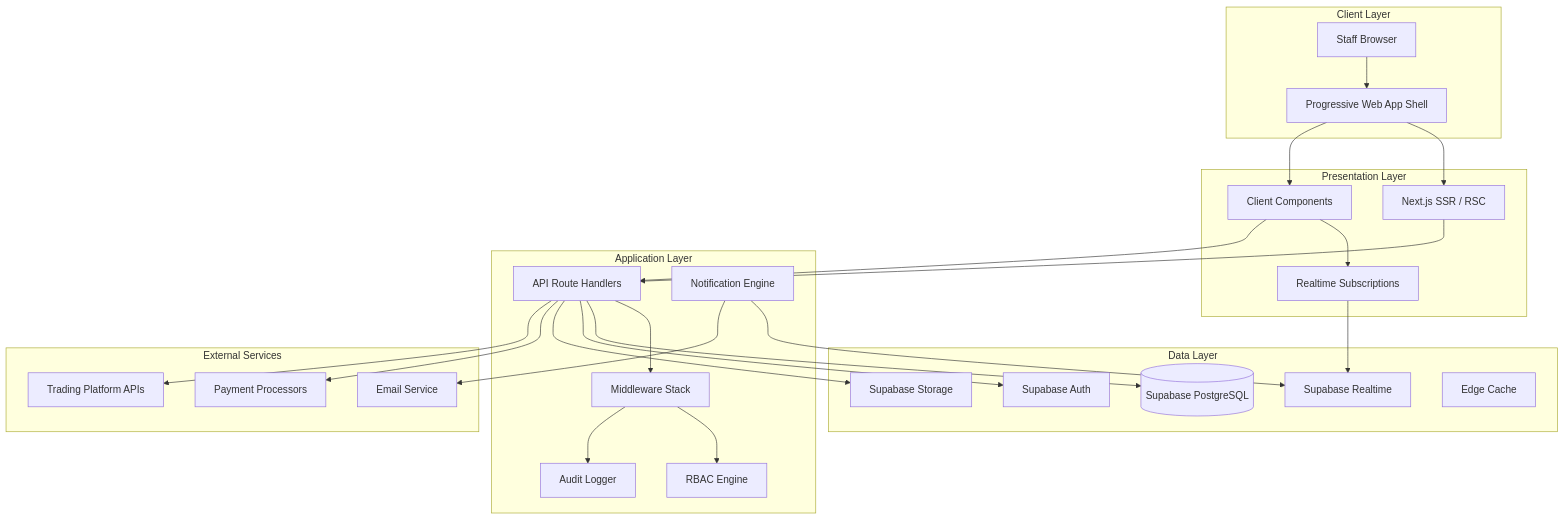
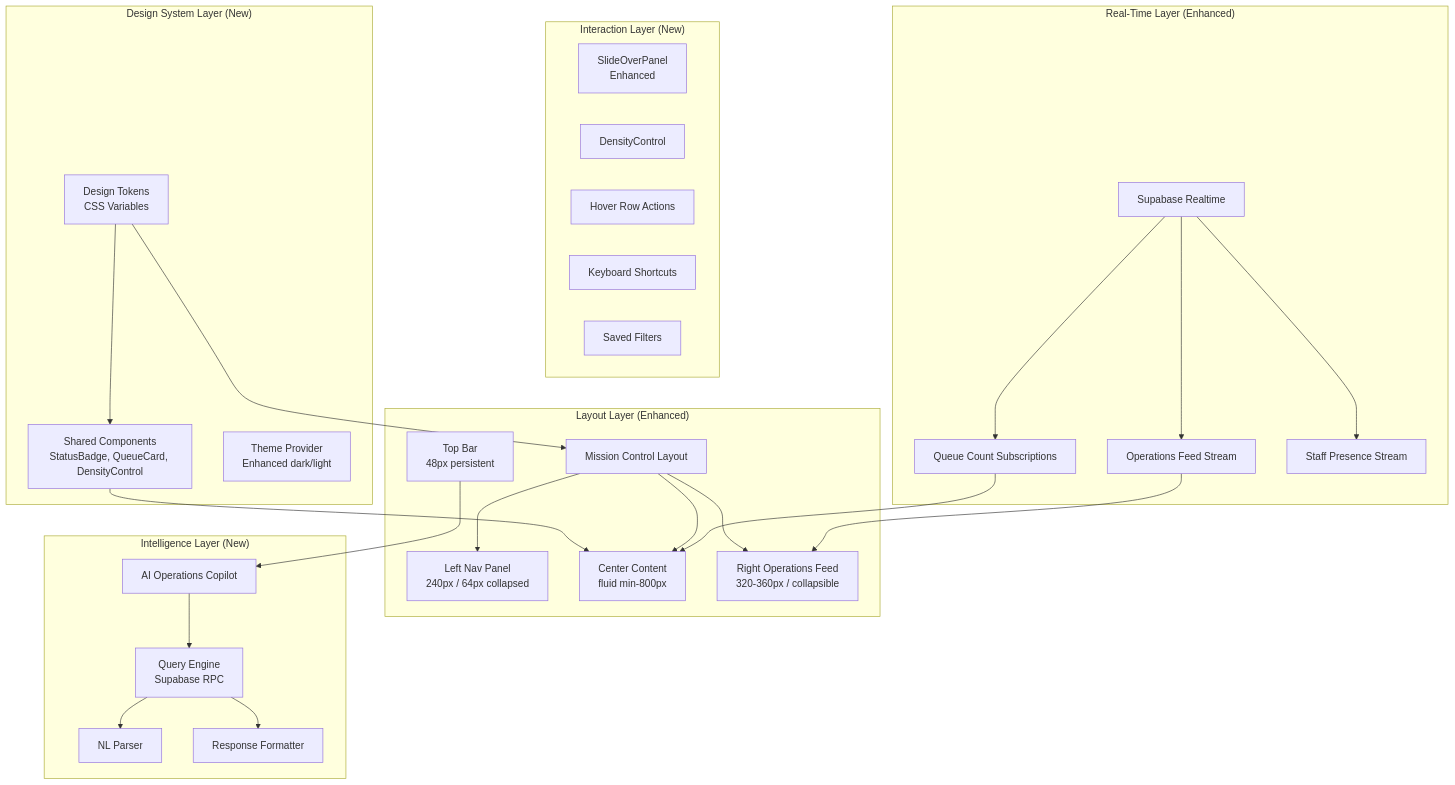
Before and after one commit to Adminfundedwealth/Admin: the first of 3 diagrams in .kiro/specs/fundedwealth-admin-os/design.md, drawn with Mermaid. The commit also changed other lines of this file and 68 other files, not shown here.

Commit message:
feat: UI/UX transformation - design tokens, mission control layout, AI copilot, shared components

````diff
--- a/.kiro/specs/fundedwealth-admin-os/design.md
+++ b/.kiro/specs/fundedwealth-admin-os/design.md
@@ -37,53 +27,54 @@
 ```mermaid
 graph TB
-    subgraph "Client Layer"
-        Browser[Staff Browser]
-        PWA[Progressive Web App Shell]
-    end
+  subgraph "Design System Layer (New)"
+    DT[Design Tokens<br/>CSS Variables]
+    SC[Shared Components<br/>StatusBadge, QueueCard, DensityControl]
+    TH[Theme Provider<br/>Enhanced dark/light]
+  end
 
-    subgraph "Presentation Layer"
-        SSR[Next.js SSR / RSC]
-        CSR[Client Components]
-        RT[Realtime Subscriptions]
-    end
+  subgraph "Layout Layer (Enhanced)"
+    MCL[Mission Control Layout]
+    NP[Left Nav Panel<br/>240px / 64px collapsed]
+    CC[Center Content<br/>fluid min-800px]
+    OF[Right Operations Feed<br/>320-360px / collapsible]
+    TB[Top Bar<br/>48px persistent]
+  end
 
-    subgraph "Application Layer"
-        API[API Route Handlers]
-        MW[Middleware Stack]
-        RBAC[RBAC Engine]
-        AUDIT[Audit Logger]
-        NOTIFY[Notification Engine]
-    end
+  subgraph "Interaction Layer (New)"
+    SP[SlideOverPanel<br/>Enhanced]
+    DC[DensityControl]
+    HRA[Hover Row Actions]
+    KS[Keyboard Shortcuts]
+    SF[Saved Filters]
+  end
 
-    subgraph "Data Layer"
-        SB_DB[(Supabase PostgreSQL)]
-        SB_AUTH[Supabase Auth]
-        SB_RT[Supabase Realtime]
-        SB_STORE[Supabase Storage]
-        CACHE[Edge Cache]
-    end
+  subgraph "Intelligence Layer (New)"
+    COP[AI Operations Copilot]
+    QE[Query Engine<br/>Supabase RPC]
+    NL[NL Parser]
+    RF[Response Formatter]
+  end
 
-    subgraph "External Services"
-        EMAIL[Email Service]
-        PAYMENT[Payment Processors]
-        TRADE[Trading Platform APIs]
-    end
+  subgraph "Real-Time Layer (Enhanced)"
+    SRT[Supabase Realtime]
+    OFS[Operations Feed Stream]
+    QCS[Queue Count Subscriptions]
+    SPS[Staff Presence Stream]
+  end
 
-    Browser --> PWA
-    PWA --> SSR
-    PWA --> CSR
-    CSR --> RT
-    SSR --> API
-    CSR --> API
-    RT --> SB_RT
-    API --> MW
-    MW --> RBAC
-    MW --> AUDIT
-    API --> SB_DB
-    API --> SB_AUTH
-    API --> SB_STORE
-    NOTIFY --> SB_RT
-    NOTIFY --> EMAIL
-    API --> PAYMENT
-    API --> TRADE
+  DT --> MCL
+  DT --> SC
+  SC --> CC
+  MCL --> NP
+  MCL --> CC
+  MCL --> OF
+  TB --> COP
+  SRT --> OFS
+  SRT --> QCS
+  SRT --> SPS
+  OFS --> OF
+  QCS --> CC
+  COP --> QE
+  QE --> NL
+  QE --> RF
 ```
````
